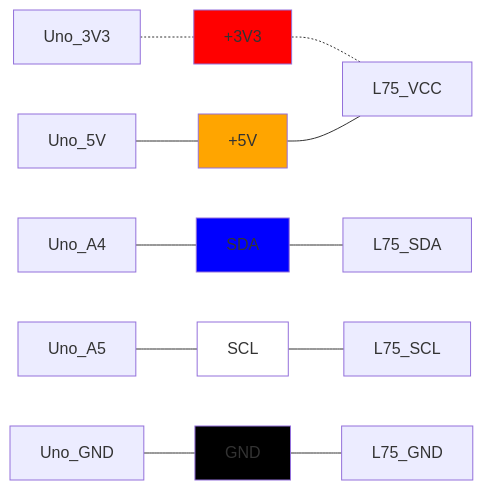
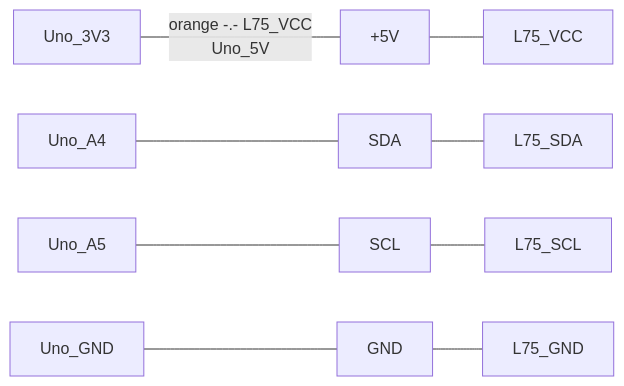
The diagram in wires.md (jochen4errors/colorcodes), drawn with Mermaid before and after one commit.

Commit message:
Color as Text

````diff
--- a/wires.md
+++ b/wires.md
@@ -19,15 +19,9 @@
 ```mermaid
 flowchart LR;
 
-style +5V fill:orange
-style +3V3 fill:red
-style SDA fill:blue
-style SCL fill:white
-style GND fill:black
-
-Uno_3V3 -.- +3V3 -.- L75_VCC
+Uno_3V3 -- orange -.- L75_VCC
 Uno_5V --- +5V --- L75_VCC
 Uno_A4 --- SDA --- L75_SDA
 Uno_A5 --- SCL --- L75_SCL
 Uno_GND ---GND --- L75_GND
 ```
````
